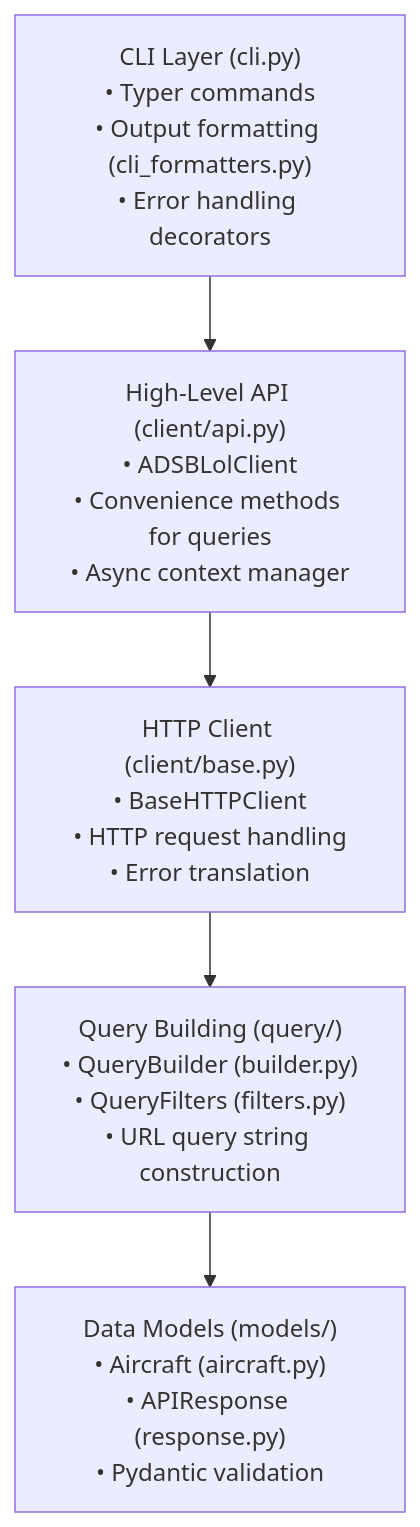
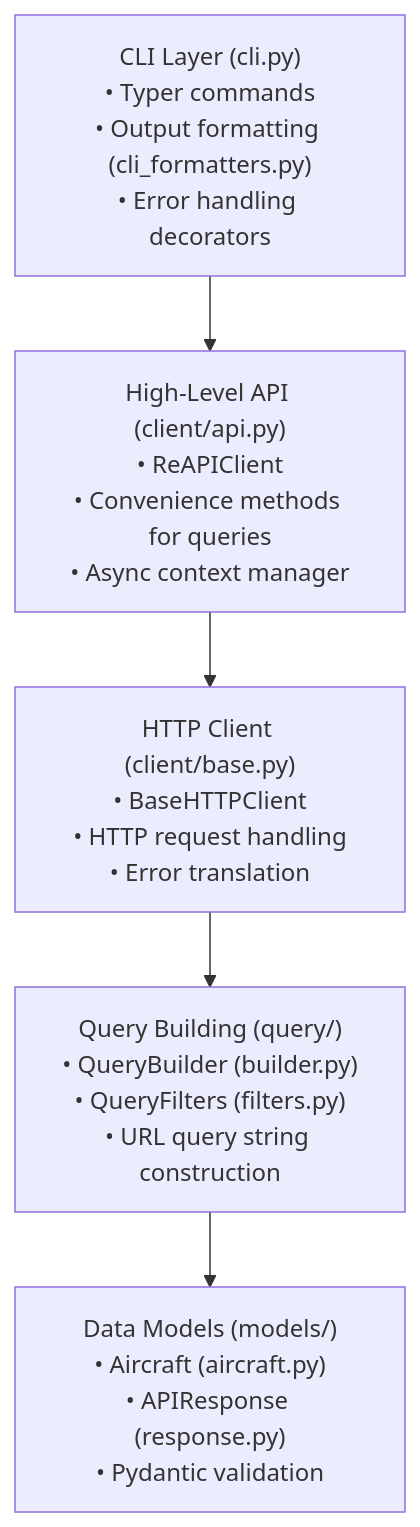
Before and after one commit to tedivm/skysnoop: the first of 3 diagrams in docs/dev/architecture.md, drawn with Mermaid. The commit also changed other lines of this file and 59 other files, not shown here.

````diff
--- a/docs/dev/architecture.md
+++ b/docs/dev/architecture.md
@@ -9,13 +9,13 @@
 ```mermaid
 flowchart TD
     CLI["CLI Layer (cli.py)<br/>• Typer commands<br/>• Output formatting (cli_formatters.py)<br/>• Error handling decorators"]
-    API["High-Level API (client/api.py)<br/>• ADSBLolClient<br/>• Convenience methods for queries<br/>• Async context manager"]
+    API["High-Level API (client/api.py)<br/>• ReAPIClient<br/>• Convenience methods for queries<br/>• Async context manager"]
     HTTP["HTTP Client (client/base.py)<br/>• BaseHTTPClient<br/>• HTTP request handling<br/>• Error translation"]
     Query["Query Building (query/)<br/>• QueryBuilder (builder.py)<br/>• QueryFilters (filters.py)<br/>• URL query string construction"]
     Models["Data Models (models/)<br/>• Aircraft (aircraft.py)<br/>• APIResponse (response.py)<br/>• Pydantic validation"]
 
     CLI --> API
     API --> HTTP
     HTTP --> Query
     Query --> Models
 ```
````
